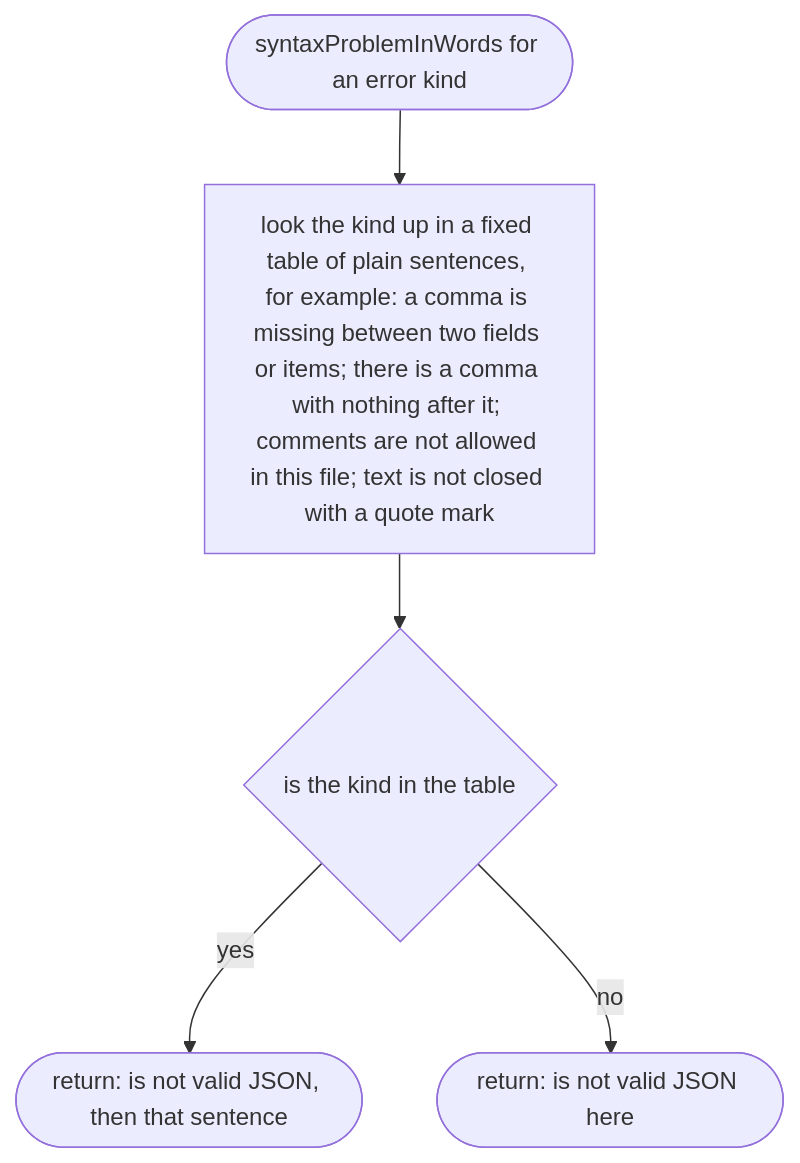
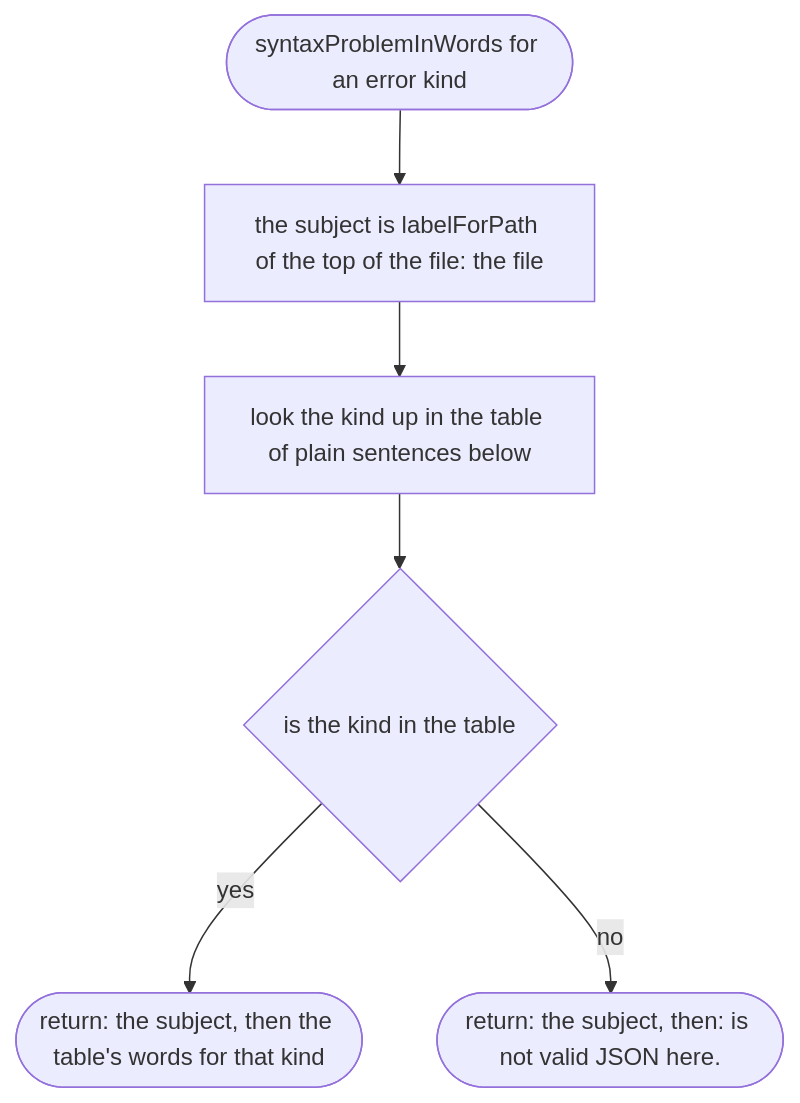
Before and after one commit to NewDara-Star/world-engine: the eighth of 8 diagrams in docs/designs/src/place/json-text.md, drawn with Mermaid. The commit also changed other lines of this file and 10 other files, not shown here.

````diff
--- a/docs/designs/src/place/json-text.md
+++ b/docs/designs/src/place/json-text.md
@@ -83,12 +193,14 @@
 ```mermaid
 flowchart TD
   s(["syntaxProblemInWords for an error kind"])
-  a["look the kind up in a fixed table of plain sentences, for example: a comma is missing between two fields or items; there is a comma with nothing after it; comments are not allowed in this file; text is not closed with a quote mark"]
-  b{"is the kind in the table"}
-  c(["return: is not valid JSON, then that sentence"])
-  d(["return: is not valid JSON here"])
+  a["the subject is labelForPath of the top of the file: the file"]
+  b["look the kind up in the table of plain sentences below"]
+  c{"is the kind in the table"}
+  d(["return: the subject, then the table's words for that kind"])
+  e(["return: the subject, then: is not valid JSON here."])
   s --> a
   a --> b
-  b -->|"yes"| c
-  b -->|"no"| d
+  b --> c
+  c -->|"yes"| d
+  c -->|"no"| e
 ```
````
